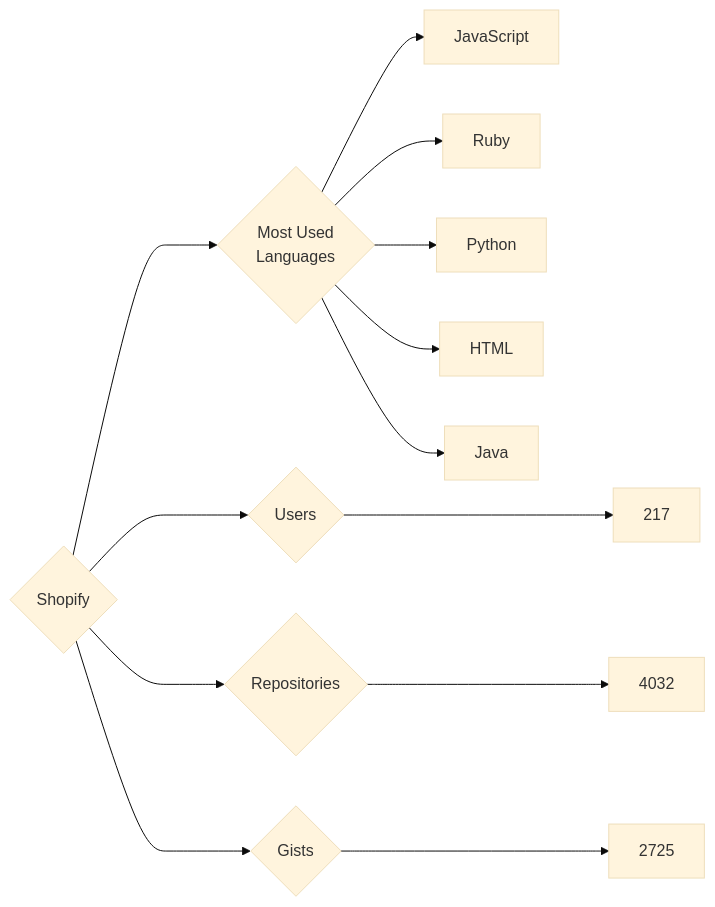
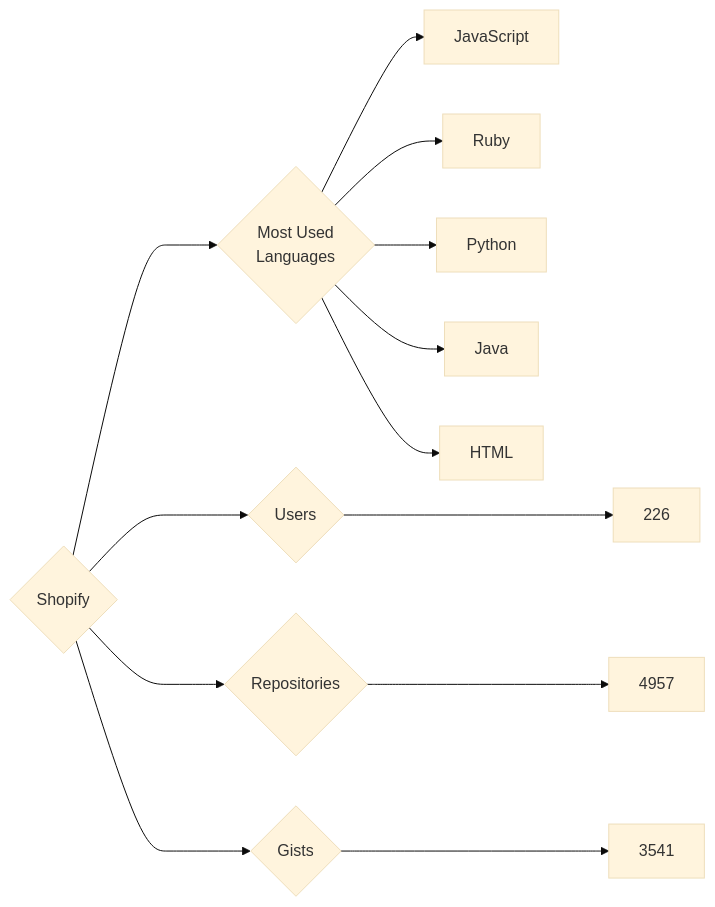
Before and after one commit to trickest/insiders: the diagram in targets/Shopify/README.md, drawn with Mermaid (base theme). The commit also changed 939 other files, not shown here.

````diff
--- a/targets/Shopify/README.md
+++ b/targets/Shopify/README.md
@@ -3,13 +3,13 @@
 ```mermaid
 graph LR
 COMPANY_NAME{Shopify}
-COMPANY_NAME ---> U{Users} ---> UN[217]
-COMPANY_NAME ---> R{Repositories} ---> RN[4032]
-COMPANY_NAME ---> G{Gists} ---> GN[2725]
+COMPANY_NAME ---> U{Users} ---> UN[226]
+COMPANY_NAME ---> R{Repositories} ---> RN[4957]
+COMPANY_NAME ---> G{Gists} ---> GN[3541]
 COMPANY_NAME ---> ML{Most Used<br>Languages}
 ML --> JavaScript[JavaScript]
 ML --> Ruby[Ruby]
 ML --> Python[Python]
+ML --> Java[Java]
 ML --> HTML[HTML]
-ML --> Java[Java]
 ```
````
